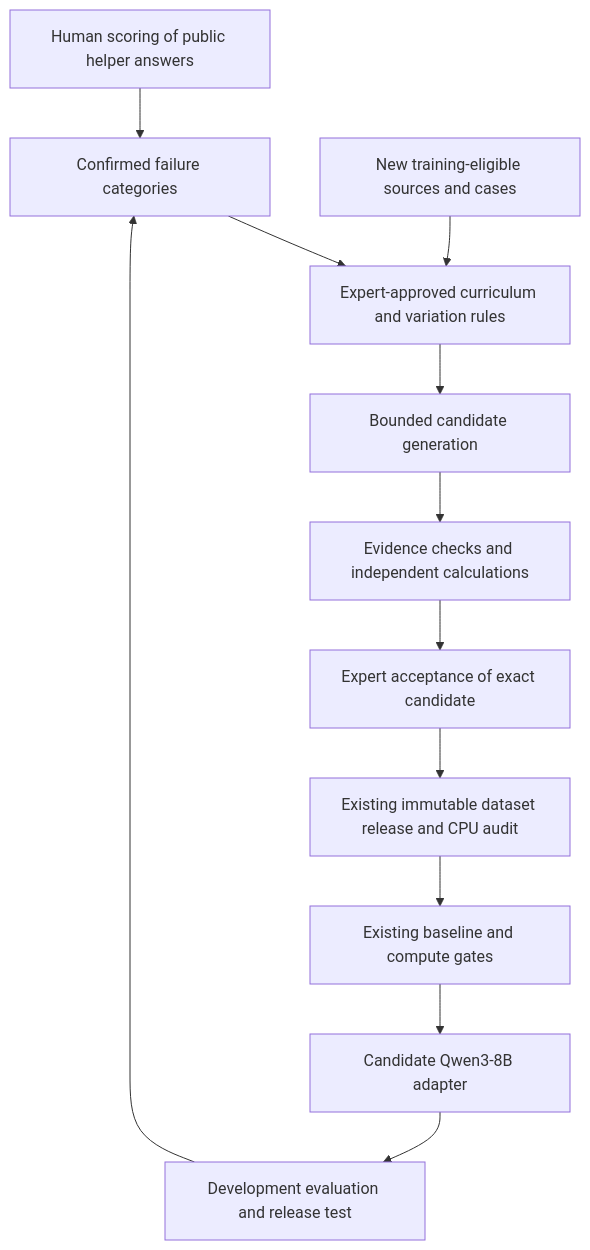
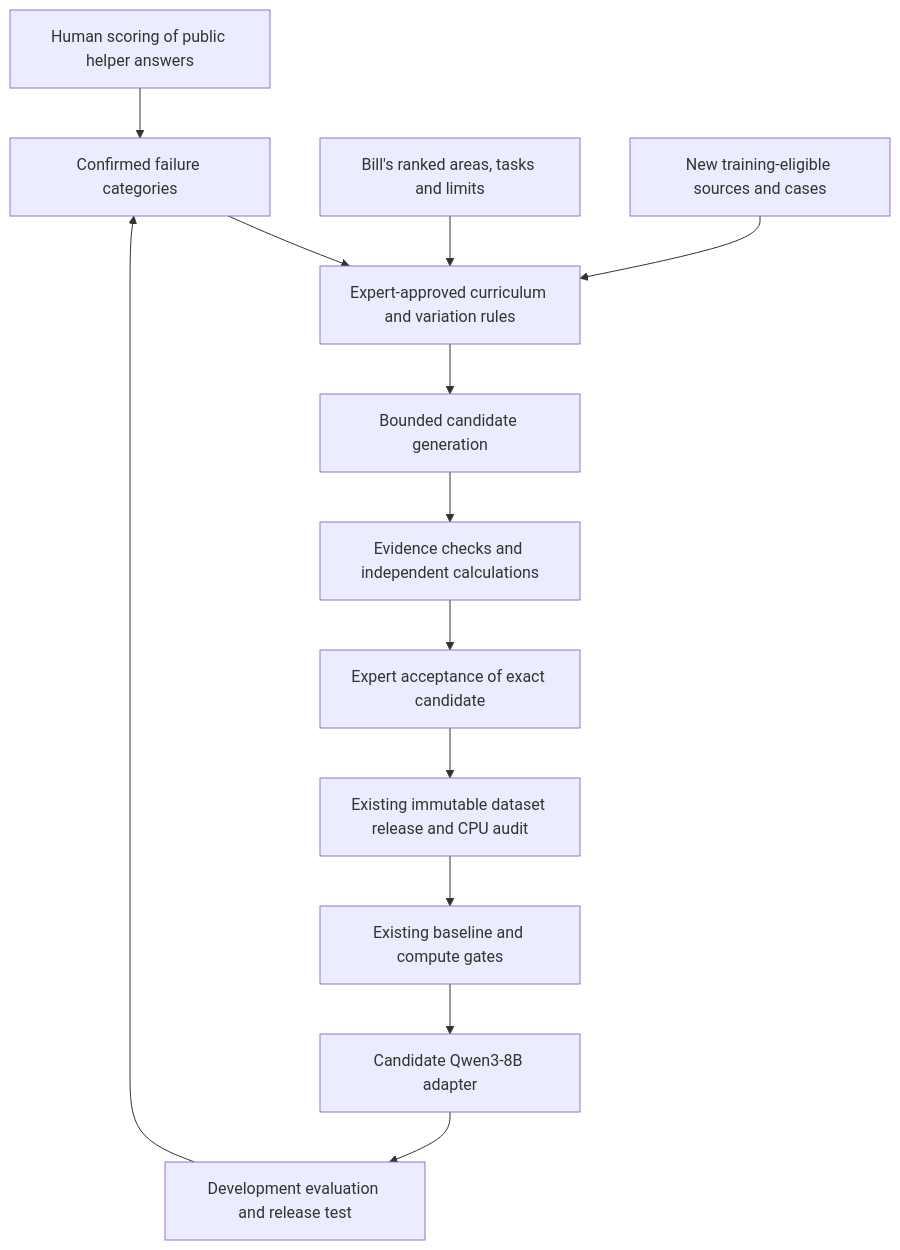
Before and after one commit to bHBeachsider/Broadbridge4096: the diagram in docs/SYNTHETIC_EXPERT_WORKFLOW.md, drawn with Mermaid. The commit also changed other lines of this file and 14 other files, not shown here.

````diff
--- a/docs/SYNTHETIC_EXPERT_WORKFLOW.md
+++ b/docs/SYNTHETIC_EXPERT_WORKFLOW.md
@@ -22,14 +31,15 @@
 ```mermaid
 flowchart TD
     A[Human scoring of public helper answers] --> B[Confirmed failure categories]
     B --> C[Expert-approved curriculum and variation rules]
+    P[Bill's ranked areas, tasks and limits] --> C
     D[New training-eligible sources and cases] --> C
     C --> E[Bounded candidate generation]
     E --> F[Evidence checks and independent calculations]
     F --> G[Expert acceptance of exact candidate]
     G --> H[Existing immutable dataset release and CPU audit]
     H --> I[Existing baseline and compute gates]
     I --> J[Candidate Qwen3-8B adapter]
     J --> K[Development evaluation and release test]
     K --> B
 ```
````
